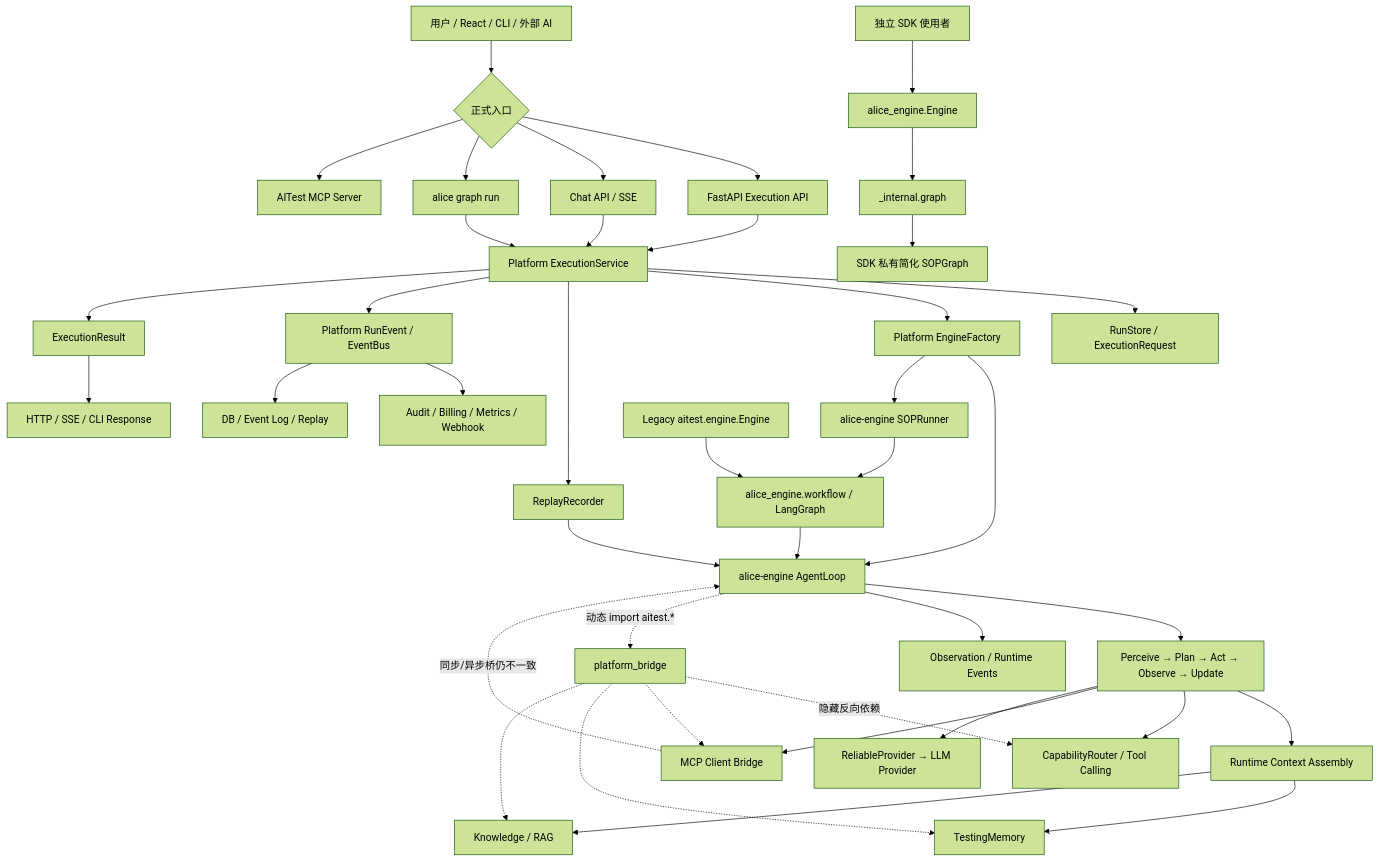
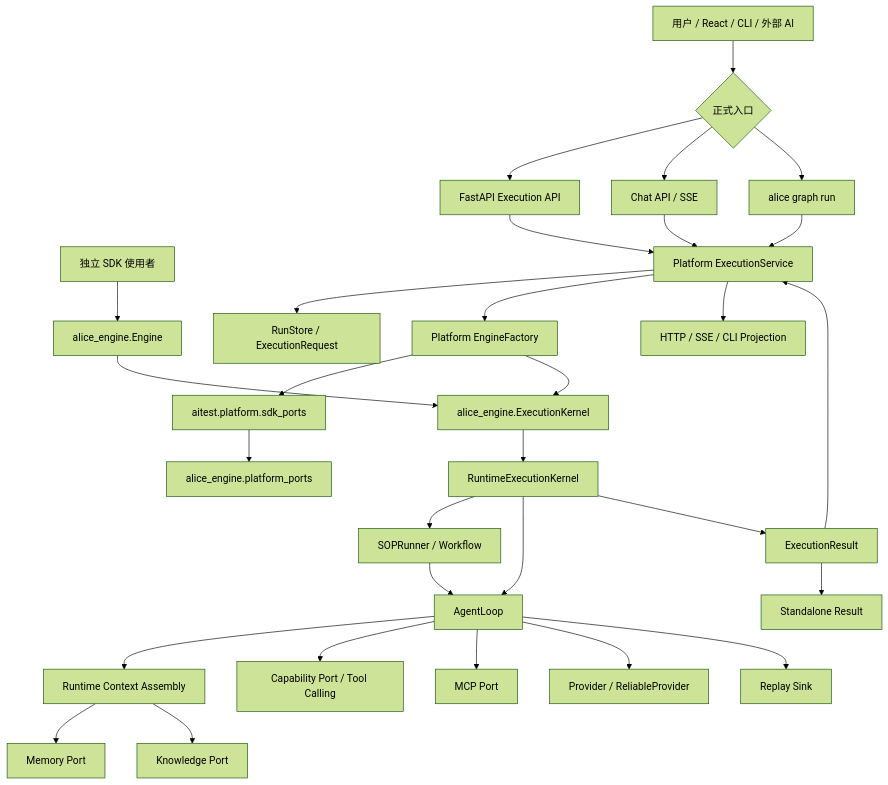
The diagram in docs/roadmap/implementation/Principle AI Engineer.md (17356085/Alice-Platform), drawn with Mermaid (forest theme) before and after one commit. The commit also changed other lines of this file and 141 other files, not shown here.

````diff
--- a/docs/roadmap/implementation/Principle AI Engineer.md
+++ b/docs/roadmap/implementation/Principle AI Engineer.md
@@ -93,50 +85,37 @@
 ```mermaid
 flowchart TD
     U["用户 / React / CLI / 外部 AI"] --> E{"正式入口"}
     E --> API["FastAPI Execution API"]
     E --> CHAT["Chat API / SSE"]
     E --> CLI["alice graph run"]
     U2["独立 SDK 使用者"] --> SDK["alice_engine.Engine"]
-    E --> MCPS["AITest MCP Server"]
 
     API --> ES["Platform ExecutionService"]
     CHAT --> ES
     CLI --> ES
 
     ES --> RS["RunStore / ExecutionRequest"]
-    ES --> PEF["Platform EngineFactory"]
-    SDK --> IG["_internal.graph"]
-    PEF --> AL["alice-engine AgentLoop"]
-    PEF --> SOP["alice-engine SOPRunner"]
+    ES --> EF["Platform EngineFactory"]
+    EF --> PORTS["aitest.platform.sdk_ports"]
+    PORTS --> PPORTS["alice_engine.platform_ports"]
+    EF --> KERNEL["alice_engine.ExecutionKernel"]
+    SDK --> KERNEL
 
-    SOP --> WF["alice_engine.workflow / LangGraph"]
-    WF --> AL
-    AL --> LOOP["Perceive → Plan → Act → Observe → Update"]
+    KERNEL --> RUNTIME["RuntimeExecutionKernel"]
+    RUNTIME --> SOP["SOPRunner / Workflow"]
+    RUNTIME --> AL["AgentLoop"]
+    SOP --> AL
 
-    LOOP --> CTX["Runtime Context Assembly"]
-    CTX --> MEM["TestingMemory"]
-    CTX --> KNO["Knowledge / RAG"]
-    LOOP --> CAP["CapabilityRouter / Tool Calling"]
-    LOOP --> MCP["MCP Client Bridge"]
-    LOOP --> LLM["ReliableProvider → LLM Provider"]
+    AL --> CTX["Runtime Context Assembly"]
+    CTX --> MEM["Memory Port"]
+    CTX --> KNO["Knowledge Port"]
+    AL --> CAP["Capability Port / Tool Calling"]
+    AL --> MCP["MCP Port"]
+    AL --> LLM["Provider / ReliableProvider"]
+    AL --> REPLAY["Replay Sink"]
 
-    ES --> RR["ReplayRecorder"]
-    RR --> AL
-    AL --> EV["Observation / Runtime Events"]
-    ES --> PEV["Platform RunEvent / EventBus"]
-    PEV --> AUD["Audit / Billing / Metrics / Webhook"]
-    PEV --> STORE["DB / Event Log / Replay"]
-
-    ES --> RESULT["ExecutionResult"]
-    RESULT --> RESP["HTTP / SSE / CLI Response"]
-
-    IG --> SDKWF["SDK 私有简化 SOPGraph"]
-    LEGACY["Legacy aitest.engine.Engine"] --> WF
-
-    MCP -. "同步/异步桥仍不一致" .-> AL
-    AL -. "动态 import aitest.*" .-> PB["platform_bridge"]
-    PB -. "隐藏反向依赖" .-> CAP
-    PB -.-> MCP
-    PB -.-> MEM
-    PB -.-> KNO
+    RUNTIME --> RESULT["ExecutionResult"]
+    RESULT --> ES
+    RESULT --> SDKRESP["Standalone Result"]
+    ES --> PRESP["HTTP / SSE / CLI Projection"]
 ```
````
